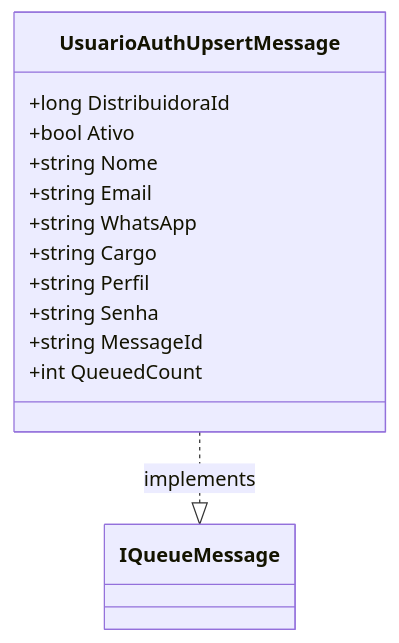
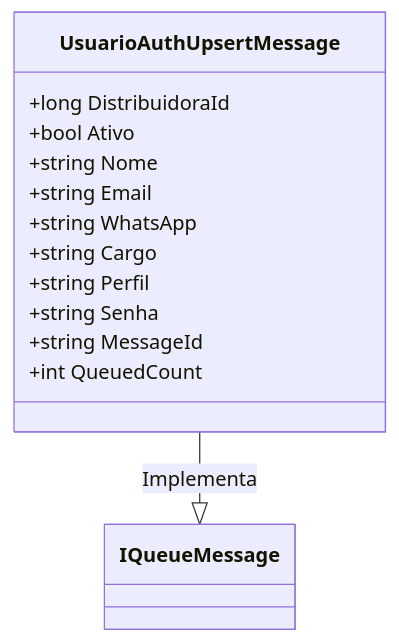
One commit to IsthmusSistemas/documentacao-tecnica changed the diagram in docs/b2b-dominio/IsthmusWinthor.Nucleo/IsthmusWinthor.Dominio/QueueMessages/UsuarioAuthUpsertMessage.md. Above: the diagram before and after it, drawn with Mermaid. The commit also changed other lines of this file and 882 other files, not shown here.

````diff
--- a/docs/b2b-dominio/IsthmusWinthor.Nucleo/IsthmusWinthor.Dominio/QueueMessages/UsuarioAuthUpsertMessage.md
+++ b/docs/b2b-dominio/IsthmusWinthor.Nucleo/IsthmusWinthor.Dominio/QueueMessages/UsuarioAuthUpsertMessage.md
@@ -33,18 +30,20 @@
 ```mermaid
 classDiagram
     class UsuarioAuthUpsertMessage {
         +long DistribuidoraId
         +bool Ativo
         +string Nome
         +string Email
         +string WhatsApp
         +string Cargo
         +string Perfil
         +string Senha
         +string MessageId
         +int QueuedCount
     }
+
     class IQueueMessage {
     }
-    UsuarioAuthUpsertMessage ..|> IQueueMessage : implements
-```
+    
+    UsuarioAuthUpsertMessage --|> IQueueMessage : Implementa
+``` 
````
